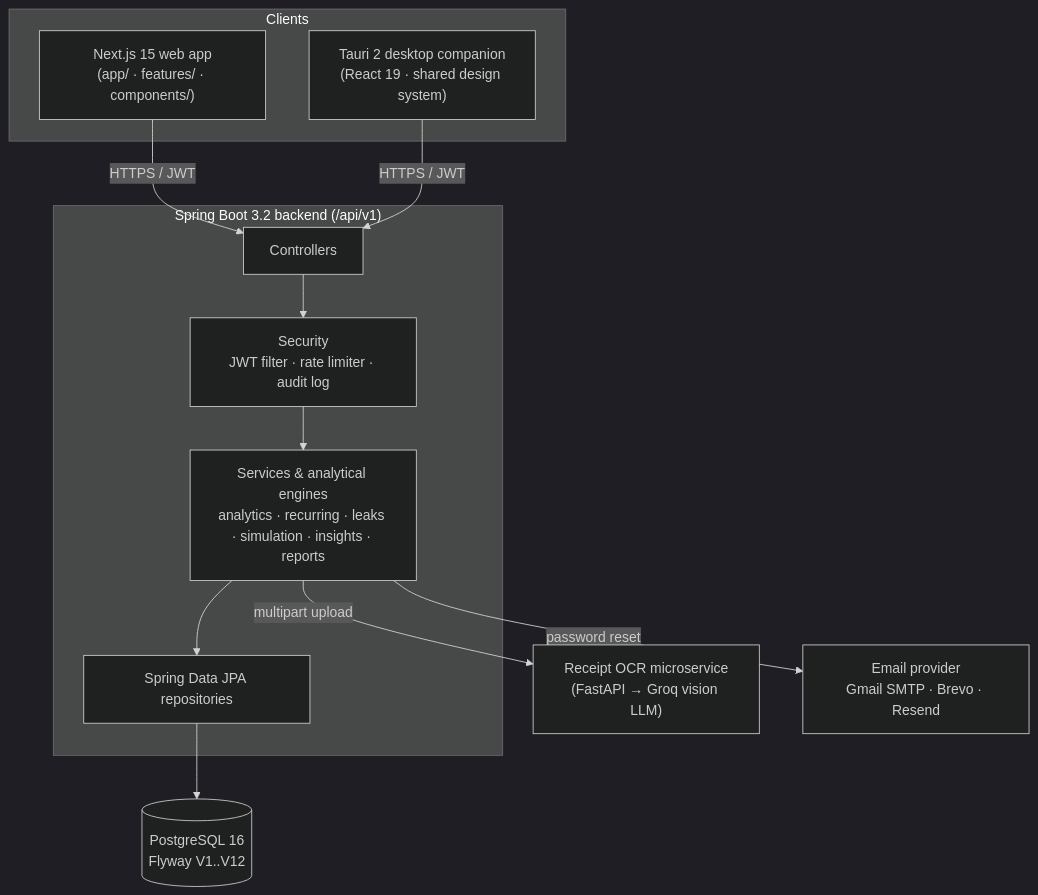
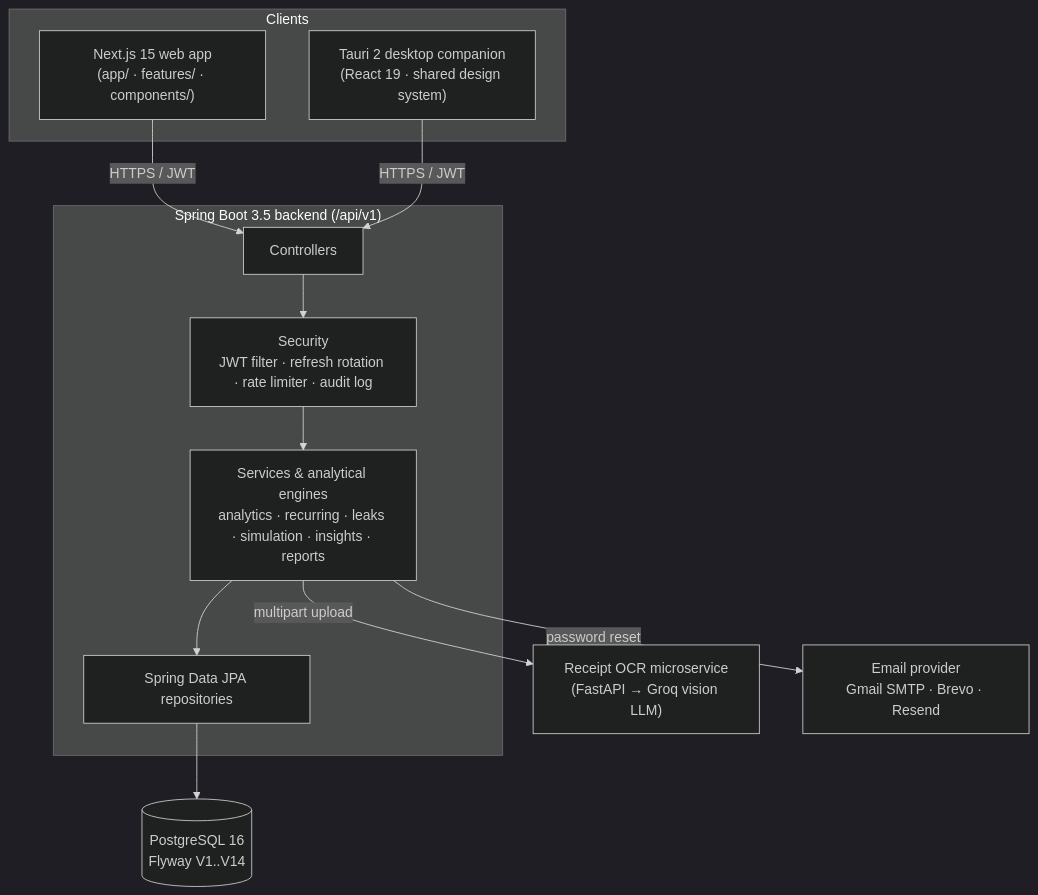
One commit to mithunveluru/flowsight changed the first of 7 diagrams in README.md. Above: the diagram before and after it, drawn with Mermaid (dark theme). The commit also changed other lines of this file and 22 other files, not shown here.

````diff
--- a/README.md
+++ b/README.md
@@ -178,24 +291,24 @@
 ```mermaid
 flowchart TB
     subgraph Clients
         Web["Next.js 15 web app<br/>(app/ · features/ · components/)"]
         Desktop["Tauri 2 desktop companion<br/>(React 19 · shared design system)"]
     end
 
-    subgraph Backend["Spring Boot 3.2 backend  (/api/v1)"]
+    subgraph Backend["Spring Boot 3.5 backend  (/api/v1)"]
         Ctrl["Controllers"]
         Svc["Services & analytical engines<br/>analytics · recurring · leaks · simulation · insights · reports"]
-        Sec["Security<br/>JWT filter · rate limiter · audit log"]
+        Sec["Security<br/>JWT filter · refresh rotation · rate limiter · audit log"]
         Repo["Spring Data JPA repositories"]
     end
 
-    DB[("PostgreSQL 16<br/>Flyway V1..V12")]
+    DB[("PostgreSQL 16<br/>Flyway V1..V14")]
     OCR["Receipt OCR microservice<br/>(FastAPI → Groq vision LLM)"]
     Mail["Email provider<br/>Gmail SMTP · Brevo · Resend"]
 
     Web -- "HTTPS / JWT" --> Ctrl
     Desktop -- "HTTPS / JWT" --> Ctrl
     Ctrl --> Sec --> Svc --> Repo --> DB
     Svc -- "multipart upload" --> OCR
     Svc -- "password reset" --> Mail
 ```
````
